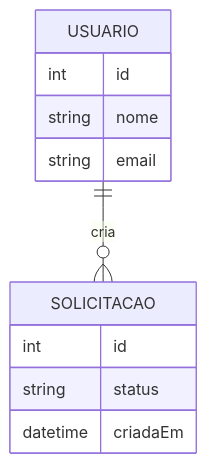
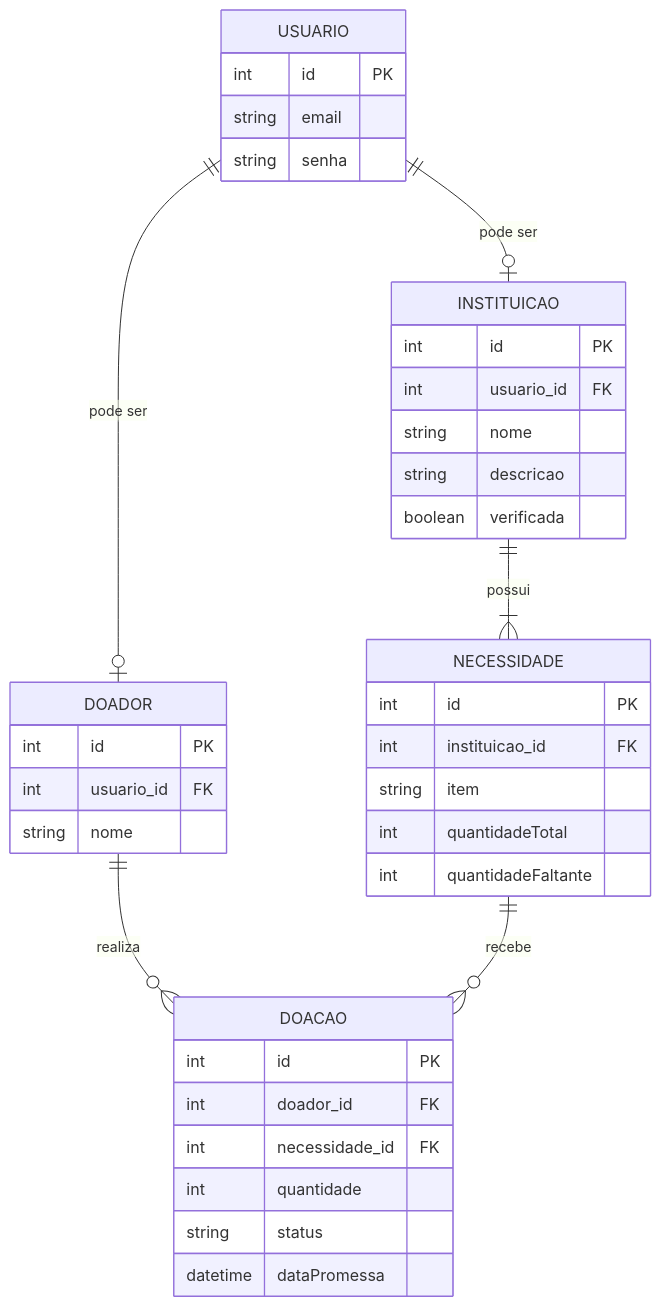
The second of 2 diagrams in docs/modelagem/modelagem.md (gigi-zacaroni/tp-eng-software), drawn with Mermaid before and after one commit. The commit also changed other lines of this file and 6 other files, not shown here.

````diff
--- a/docs/modelagem/modelagem.md
+++ b/docs/modelagem/modelagem.md
@@ -34,14 +89,45 @@
 ```mermaid
 erDiagram
-    USUARIO ||--o{ SOLICITACAO : cria
+    USUARIO ||--o| DOADOR : "pode ser"
+    USUARIO ||--o| INSTITUICAO : "pode ser"
+    INSTITUICAO ||--|{ NECESSIDADE : possui
+    DOADOR ||--o{ DOACAO : realiza
+    NECESSIDADE ||--o{ DOACAO : recebe
+
     USUARIO {
-        int id
+        int id PK
+        string email
+        string senha
+    }
+
+    DOADOR {
+        int id PK
+        int usuario_id FK
         string nome
-        string email
     }
-    SOLICITACAO {
-        int id
+
+    INSTITUICAO {
+        int id PK
+        int usuario_id FK
+        string nome
+        string descricao
+        boolean verificada
+    }
+
+    NECESSIDADE {
+        int id PK
+        int instituicao_id FK
+        string item
+        int quantidadeTotal
+        int quantidadeFaltante
+    }
+
+    DOACAO {
+        int id PK
+        int doador_id FK
+        int necessidade_id FK
+        int quantidade
         string status
-        datetime criadaEm
+        datetime dataPromessa
     }
 ```
````
